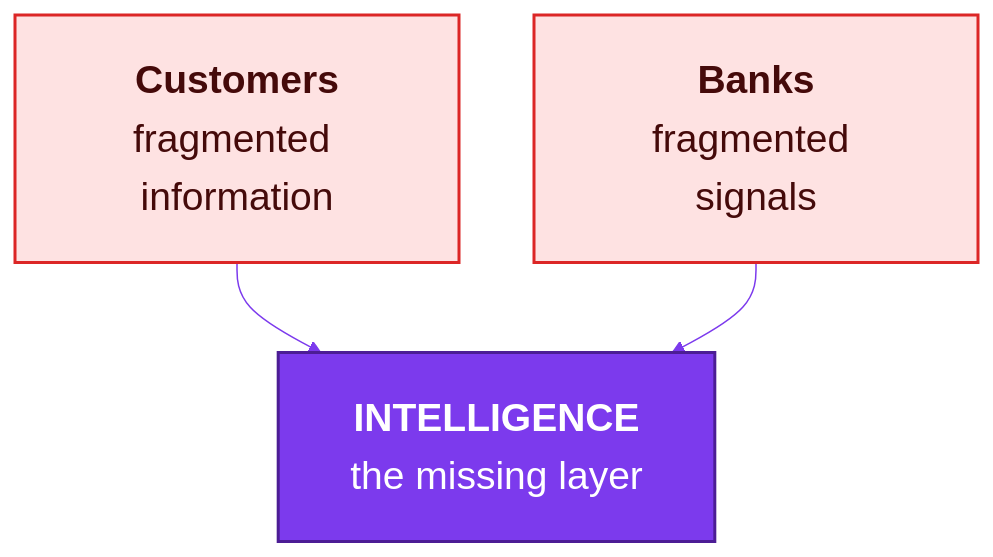
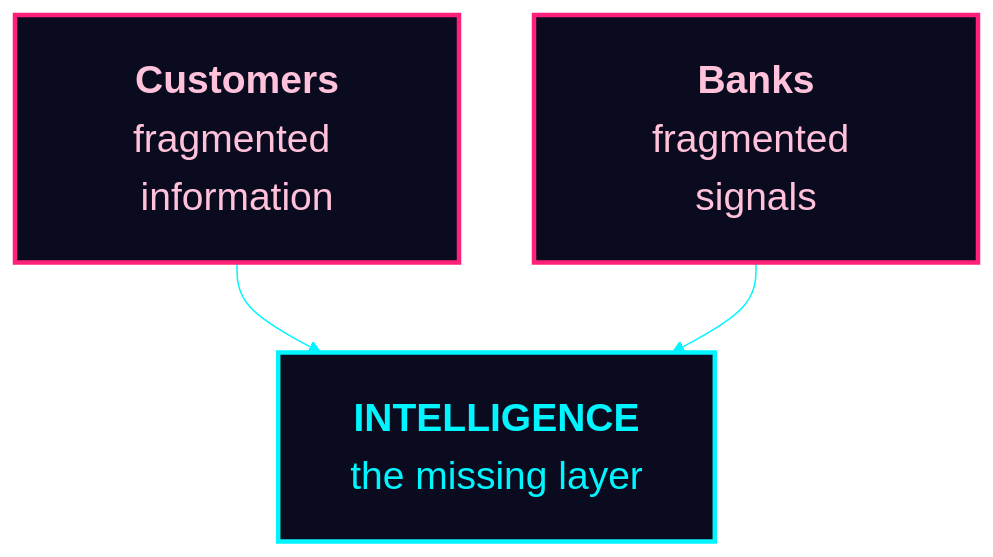
One commit to Mansi232323/MANSHORA changed the third of 13 diagrams in README.md. Above: the diagram before and after it, drawn with Mermaid. The commit also changed other lines of this file, not shown here.

````diff
--- a/README.md
+++ b/README.md
@@ -147,13 +147,13 @@
 ```mermaid
-%%{init: {'theme':'base','themeVariables':{'fontSize':'26px','lineColor':'#7c3aed'},'flowchart':{'nodeSpacing':50,'rankSpacing':60,'padding':24,'htmlLabels':true}}}%%
+%%{init: {'theme':'base','themeVariables':{'fontSize':'26px','lineColor':'#00f5ff','clusterBkg':'#0b0b1f','clusterBorder':'#ff00e5','titleColor':'#ff00e5','edgeLabelBackground':'#0b0b1f'},'flowchart':{'nodeSpacing':50,'rankSpacing':60,'padding':24,'htmlLabels':true}}}%%
 flowchart TB
     C["<b>Customers</b><br/>fragmented information"]
     B["<b>Banks</b><br/>fragmented signals"]
     M["<b>INTELLIGENCE</b><br/>the missing layer"]
     C --> M
     B --> M
-    classDef problem fill:#fee2e2,stroke:#dc2626,stroke-width:2px,color:#450a0a
-    classDef answer fill:#7c3aed,stroke:#4c1d95,stroke-width:2px,color:#ffffff
+    classDef problem fill:#0b0b1f,stroke:#ff2079,stroke-width:3px,color:#ffc2da
+    classDef answer fill:#0b0b1f,stroke:#00f5ff,stroke-width:3px,color:#00f5ff
     class C,B problem
     class M answer
 ```
````
